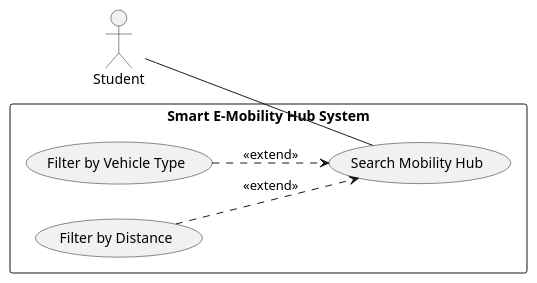
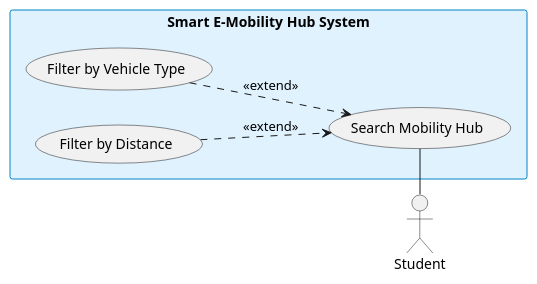
One commit to YdtTran/software-engineerning changed the third of 30 diagrams in 01_Diagram/01_Usecase_Diagram/PLANTUML_ALL.md. Above: the diagram before and after it, drawn with PlantUML. The commit also changed other lines of this file and 217 other files, not shown here.

````diff
--- a/01_Diagram/01_Usecase_Diagram/PLANTUML_ALL.md
+++ b/01_Diagram/01_Usecase_Diagram/PLANTUML_ALL.md
@@ -135,20 +91,17 @@
 ```plantuml
 @startuml
 left to right direction
-skinparam packageStyle rectangle
 skinparam shadowing false
-
-actor "Student" as Student
-
+skinparam rectangleBackgroundColor #e0f2fe
+skinparam rectangleBorderColor #0284c7
+actor "Student" as actor_left
 rectangle "Smart E-Mobility Hub System" {
-    usecase "Search Mobility Hub" as UC_Search
-    usecase "Filter by Vehicle Type" as UC_Type
-    usecase "Filter by Distance" as UC_Dist
-
-    UC_Type ..> UC_Search : <<extend>>
-    UC_Dist ..> UC_Search : <<extend>>
+  usecase "Search Mobility Hub" as uc_base
+  usecase "Filter by Vehicle Type" as uc_ext1
+  usecase "Filter by Distance" as uc_ext2
 }
-
-Student -- UC_Search
+actor_left -right- uc_base
+uc_ext1 ..> uc_base : <<extend>>
+uc_ext2 ..> uc_base : <<extend>>
 @enduml
 ```
````
